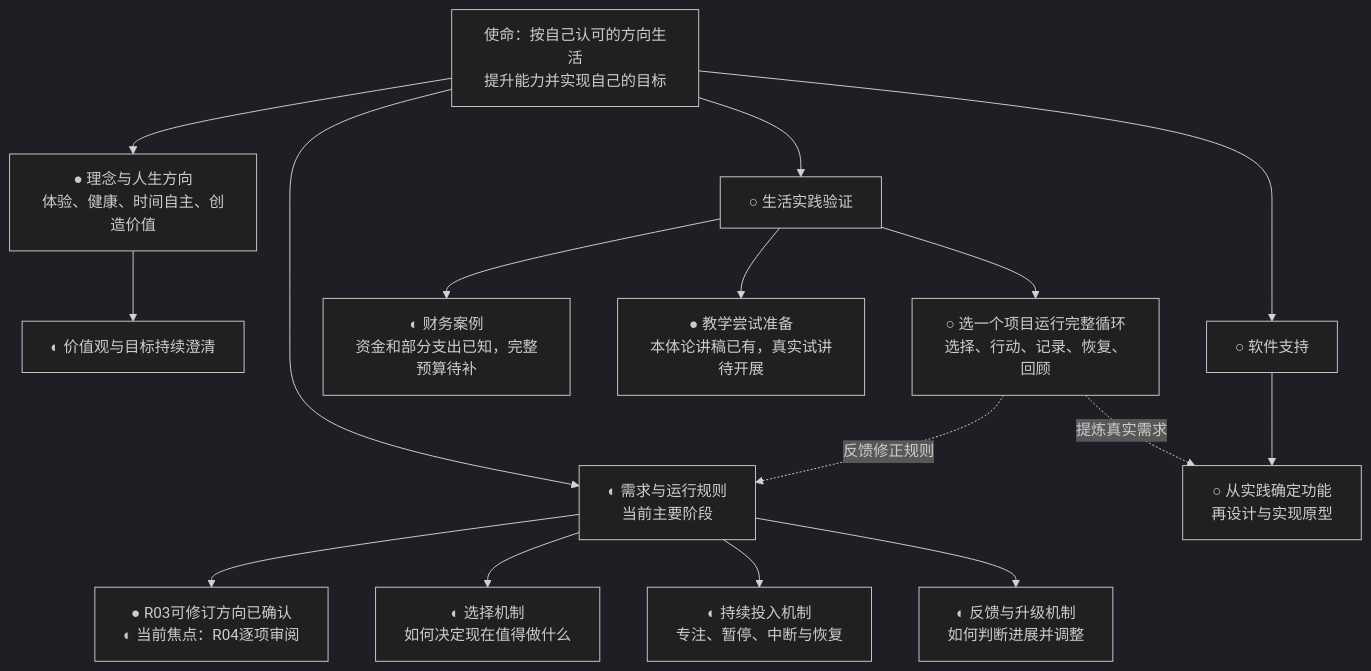
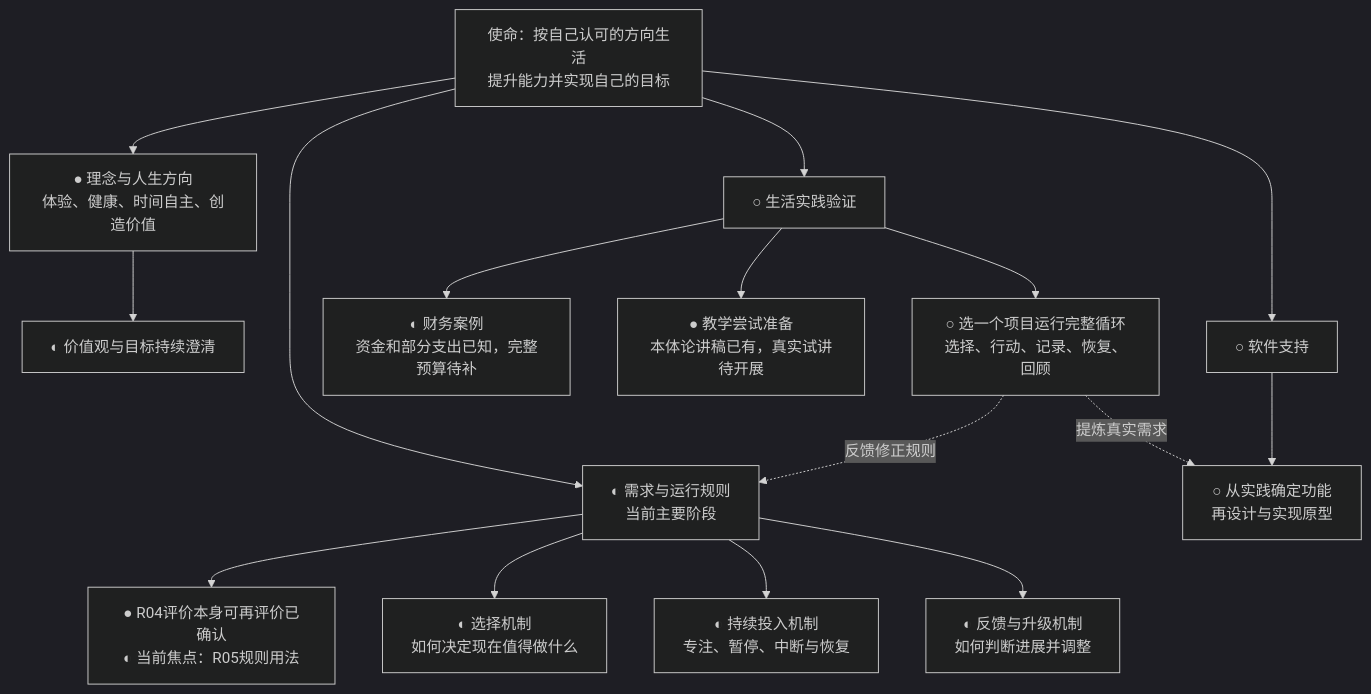
One commit to fangjiaqi2023-jpg/life-flywheel changed the first of 2 diagrams in 项目/人生飞轮/项目推进图.md. Above: the diagram before and after it, drawn with Mermaid (dark theme). The commit also changed other lines of this file, not shown here.

````diff
--- a/项目/人生飞轮/项目推进图.md
+++ b/项目/人生飞轮/项目推进图.md
@@ -11,22 +11,22 @@
 ```mermaid
 flowchart TD
     M[使命：按自己认可的方向生活<br/>提升能力并实现自己的目标]
     M --> A[● 理念与人生方向<br/>体验、健康、时间自主、创造价值]
     M --> B[◐ 需求与运行规则<br/>当前主要阶段]
     M --> C[○ 生活实践验证]
     M --> D[○ 软件支持]
 
     A --> A1[◐ 价值观与目标持续澄清]
-    B --> B0[● R03可修订方向已确认<br/>◐ 当前焦点：R04逐项审阅]
+    B --> B0[● R04评价本身可再评价已确认<br/>◐ 当前焦点：R05规则用法]
     B --> B1[◐ 选择机制<br/>如何决定现在值得做什么]
     B --> B2[◐ 持续投入机制<br/>专注、暂停、中断与恢复]
     B --> B3[◐ 反馈与升级机制<br/>如何判断进展并调整]
 
     C --> C1[◐ 财务案例<br/>资金和部分支出已知，完整预算待补]
     C --> C2[● 教学尝试准备<br/>本体论讲稿已有，真实试讲待开展]
     C --> C3[○ 选一个项目运行完整循环<br/>选择、行动、记录、恢复、回顾]
     D --> D1[○ 从实践确定功能<br/>再设计与实现原型]
 
     C3 -.反馈修正规则.-> B
     C3 -.提炼真实需求.-> D1
 ```
````
